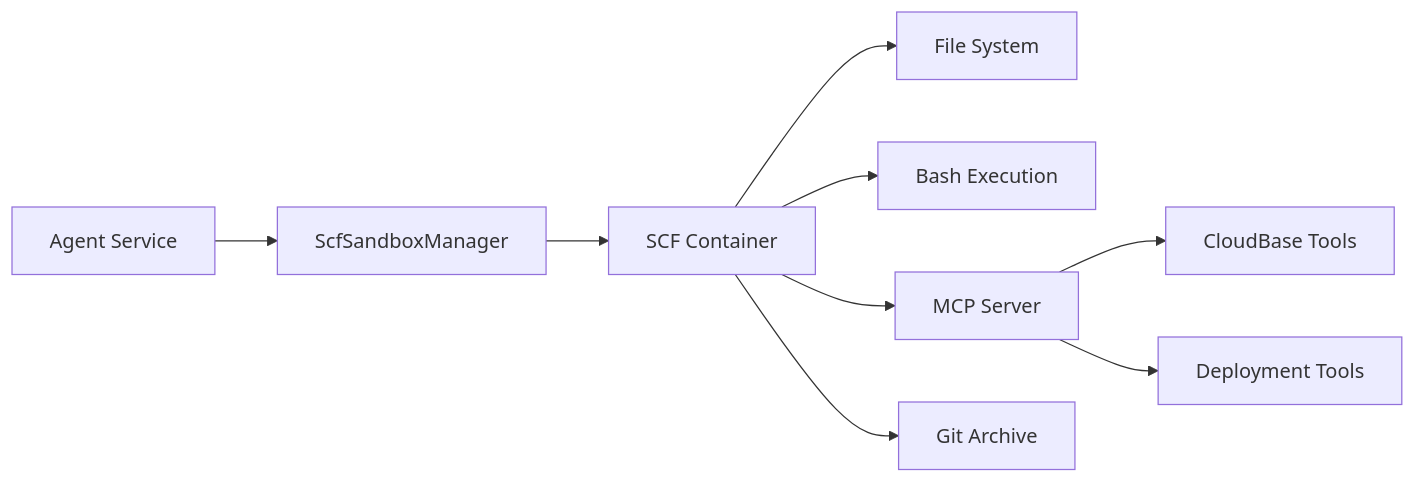
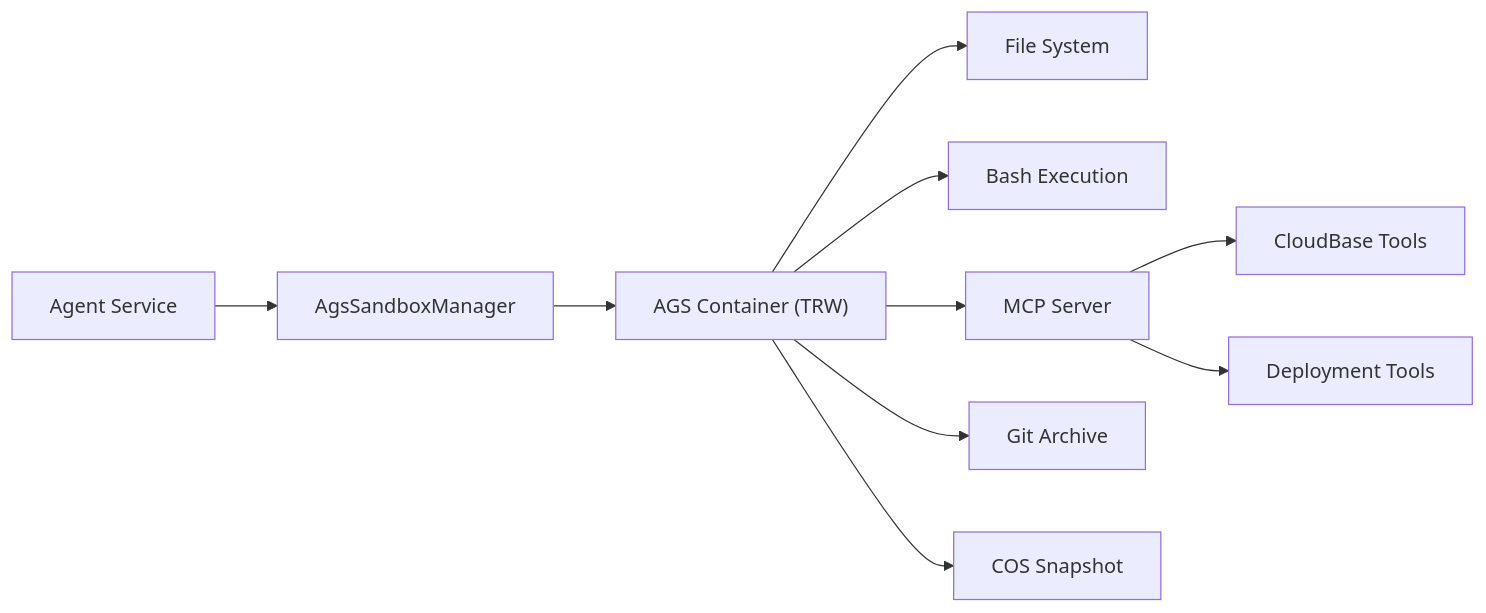
The third of 5 diagrams in docs/architecture.md (yhsunshining/coding-agent-template), drawn with Mermaid before and after one commit. The commit also changed other lines of this file and 5 other files, not shown here.

First line of the commit message:
docs: purge all SCF references, update to AGS-only

````diff
--- a/docs/architecture.md
+++ b/docs/architecture.md
@@ -190,11 +190,12 @@
 ```mermaid
 flowchart LR
-    Agent["Agent Service"] --> Manager["ScfSandboxManager"]
-    Manager --> SCF["SCF Container"]
-    SCF --> FS["File System"]
-    SCF --> Bash["Bash Execution"]
-    SCF --> MCPServer["MCP Server"]
-    SCF --> Git["Git Archive"]
+    Agent["Agent Service"] --> Manager["AgsSandboxManager"]
+    Manager --> AGS["AGS Container (TRW)"]
+    AGS --> FS["File System"]
+    AGS --> Bash["Bash Execution"]
+    AGS --> MCPServer["MCP Server"]
+    AGS --> Git["Git Archive"]
+    AGS --> COS["COS Snapshot"]
     MCPServer --> CloudBase["CloudBase Tools"]
     MCPServer --> Deploy["Deployment Tools"]
 ```
````
